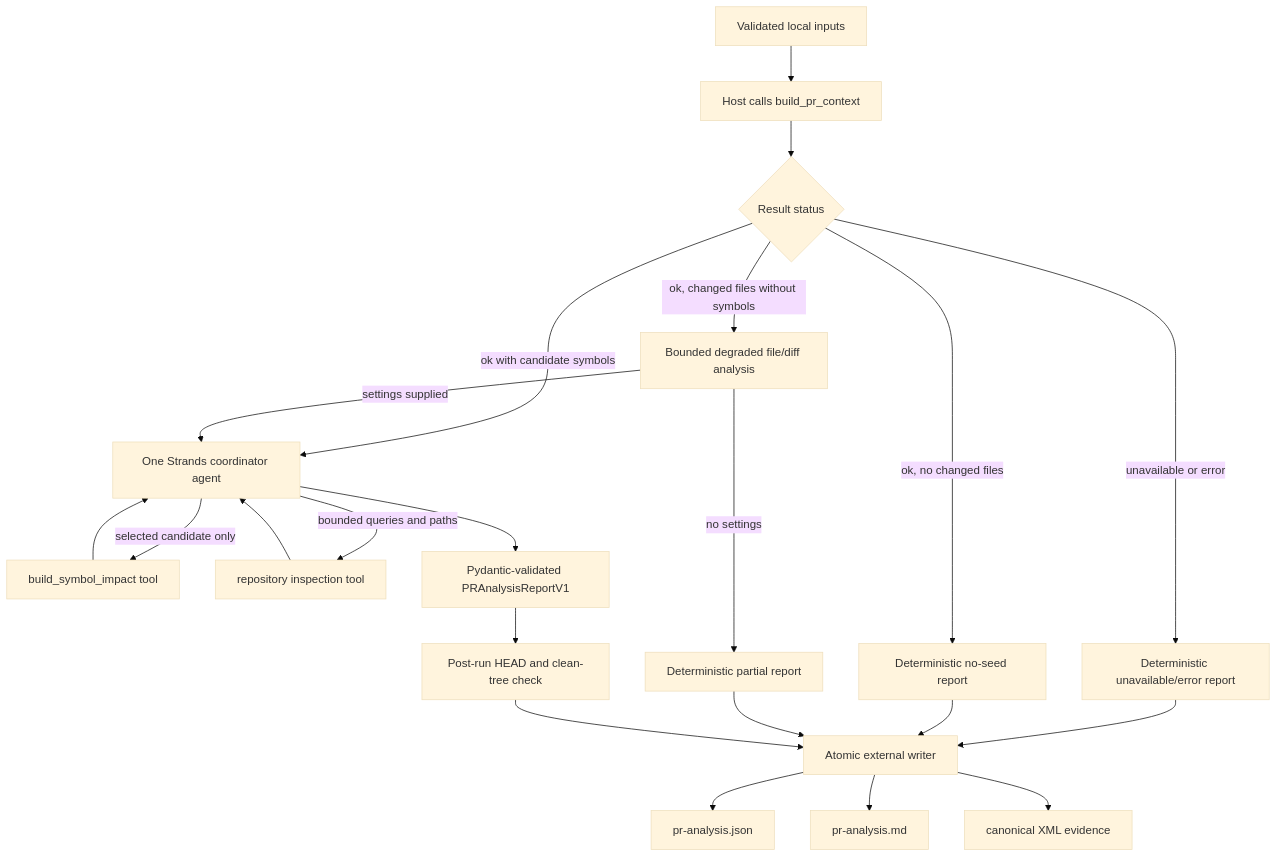
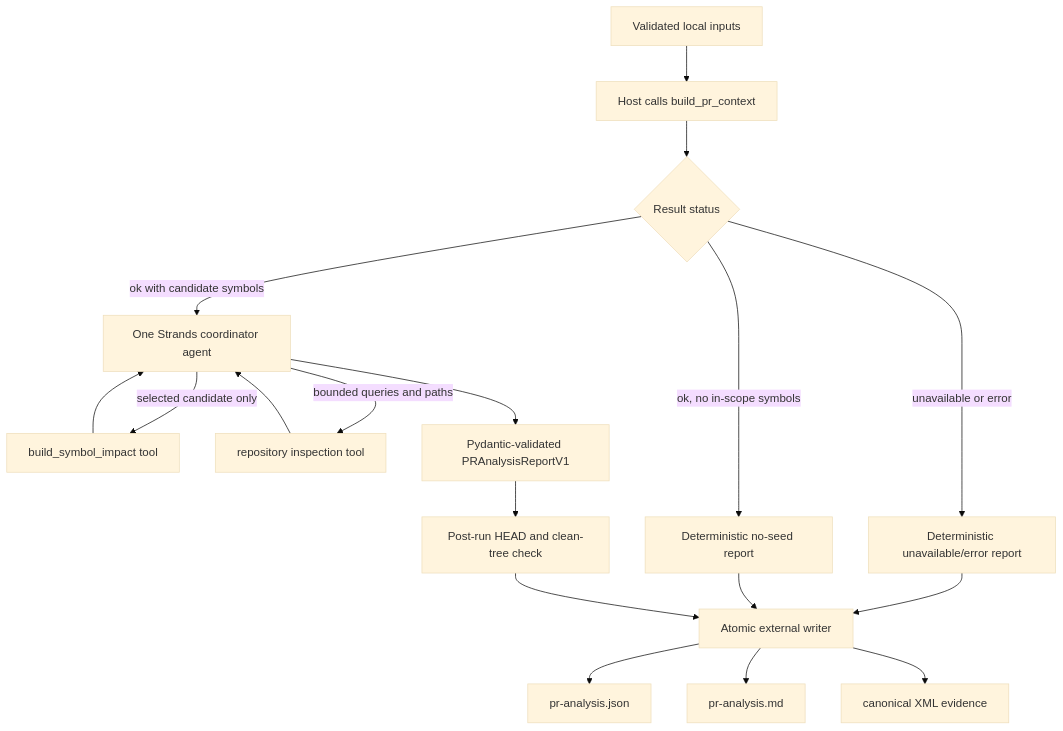
The first of 2 diagrams in docs/design/strands-pr-analysis-coordinator.md (aritra-ghosh-sage/intacct-repo-intelligence), drawn with Mermaid (base theme) before and after one commit. The commit also changed other lines of this file and 2 other files, not shown here.

````diff
--- a/docs/design/strands-pr-analysis-coordinator.md
+++ b/docs/design/strands-pr-analysis-coordinator.md
@@ -256,26 +188,22 @@
 ```mermaid
 flowchart TD
     Input[Validated local inputs] --> Seed[Host calls build_pr_context]
     Seed --> Ready{Result status}
     Ready -->|unavailable or error| Basic[Deterministic unavailable/error report]
-    Ready -->|ok, changed files without symbols| Degraded[Bounded degraded file/diff analysis]
-    Ready -->|ok, no changed files| Empty[Deterministic no-seed report]
+    Ready -->|ok, no in-scope symbols| Empty[Deterministic no-seed report]
     Ready -->|ok with candidate symbols| Agent[One Strands coordinator agent]
-    Degraded -->|settings supplied| Agent
-    Degraded -->|no settings| Partial[Deterministic partial report]
 
     Agent -->|selected candidate only| Impact[build_symbol_impact tool]
     Agent -->|bounded queries and paths| Inspect[repository inspection tool]
     Impact --> Agent
     Inspect --> Agent
 
     Agent --> Typed[Pydantic-validated PRAnalysisReportV1]
     Basic --> Write[Atomic external writer]
     Empty --> Write
-    Partial --> Write
     Typed --> Guard[Post-run HEAD and clean-tree check]
     Guard --> Write
     Write --> JSON[pr-analysis.json]
     Write --> Markdown[pr-analysis.md]
     Write --> Evidence[canonical XML evidence]
 ```
````
